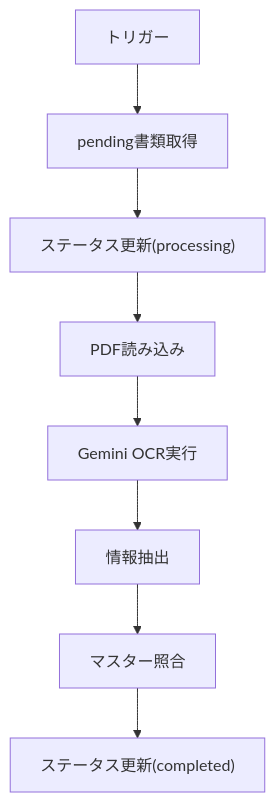
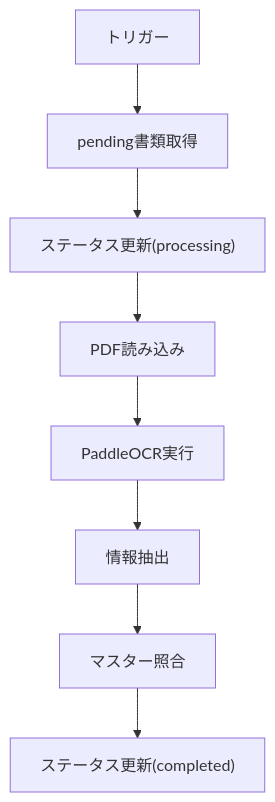
One commit to yasushi-honda/doc-split changed the second of 2 diagrams in docs/api-reference.md. Above: the diagram before and after it, drawn with Mermaid. The commit also changed other lines of this file and 16 other files, not shown here.

````diff
--- a/docs/api-reference.md
+++ b/docs/api-reference.md
@@ -45,10 +45,10 @@
 ```mermaid
 flowchart TD
     A["トリガー"] --> B["pending書類取得"]
     B --> C["ステータス更新(processing)"]
     C --> D["PDF読み込み"]
-    D --> E["Gemini OCR実行"]
+    D --> E["PaddleOCR実行"]
     E --> F["情報抽出"]
     F --> G["マスター照合"]
     G --> H["ステータス更新(completed)"]
 ```
````
